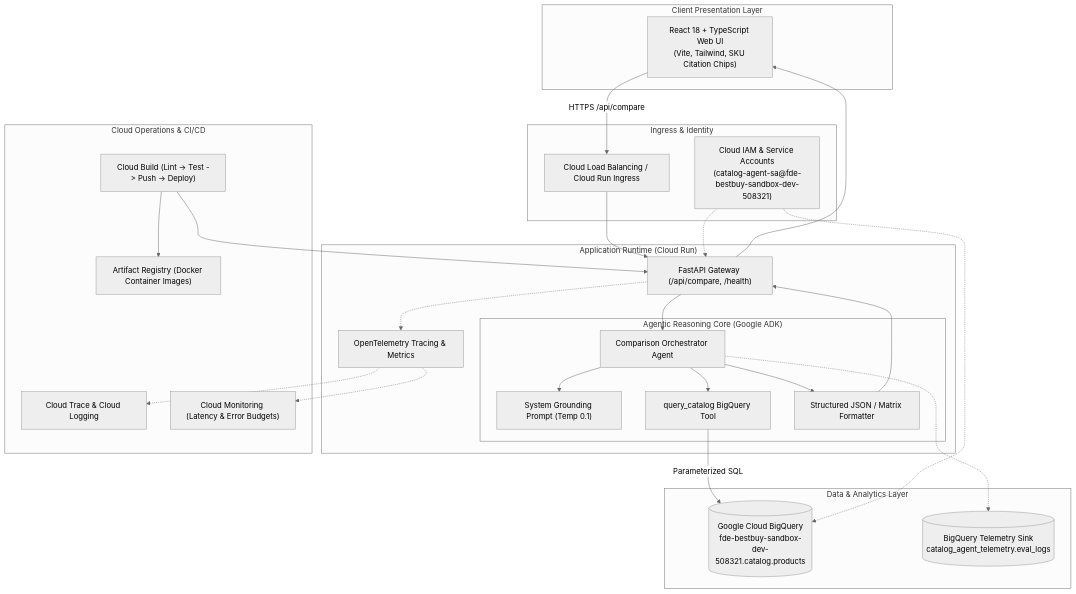
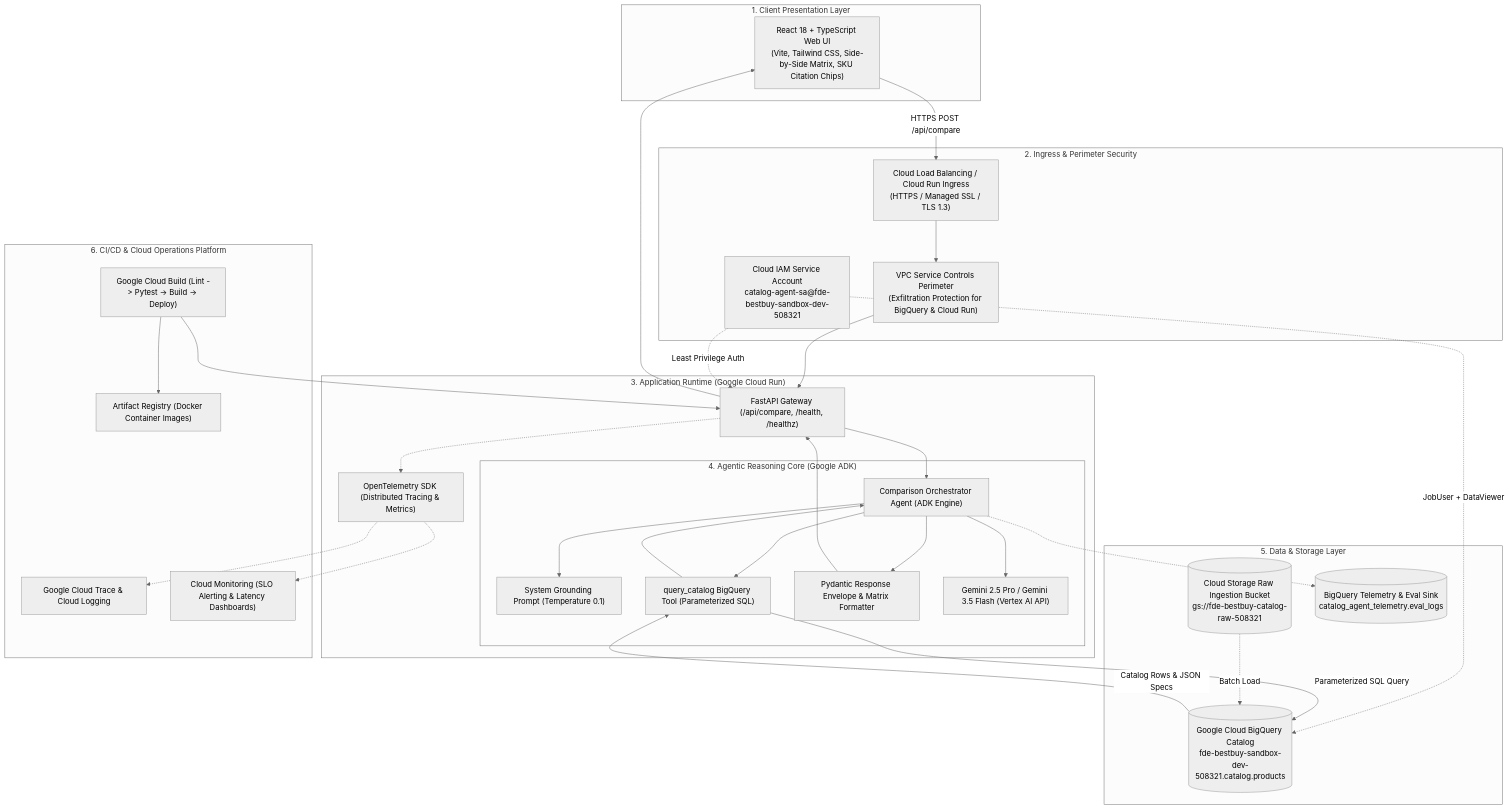
One commit to willie3838/williamc-ecomm-capstone changed the first of 3 diagrams in ARCHITECTURE.md. Above: the diagram before and after it, drawn with Mermaid (neutral theme). The commit also changed other lines of this file, not shown here.

Commit message:
docs(arch): update architecture specification and decision records

````diff
--- a/ARCHITECTURE.md
+++ b/ARCHITECTURE.md
@@ -9,54 +43,63 @@
 ```mermaid
 graph TB
-    subgraph ClientLayer ["Client Presentation Layer"]
-        UI["React 18 + TypeScript Web UI<br/>(Vite, Tailwind, SKU Citation Chips)"]
+    subgraph ClientLayer ["1. Client Presentation Layer"]
+        UI["React 18 + TypeScript Web UI<br/>(Vite, Tailwind CSS, Side-by-Side Matrix, SKU Citation Chips)"]
     end
 
-    subgraph IngressSecurity ["Ingress & Identity"]
-        LB["Cloud Load Balancing / Cloud Run Ingress"]
-        IAM["Cloud IAM & Service Accounts<br/>(catalog-agent-sa@fde-bestbuy-sandbox-dev-508321)"]
+    subgraph IngressSecurity ["2. Ingress & Perimeter Security"]
+        LB["Cloud Load Balancing / Cloud Run Ingress<br/>(HTTPS / Managed SSL / TLS 1.3)"]
+        VPCSC["VPC Service Controls Perimeter<br/>(Exfiltration Protection for BigQuery & Cloud Run)"]
+        IAM["Cloud IAM Service Account<br/>catalog-agent-sa@fde-bestbuy-sandbox-dev-508321"]
     end
 
-    subgraph ServiceLayer ["Application Runtime (Cloud Run)"]
-        API["FastAPI Gateway (/api/compare, /health)"]
-        OTEL["OpenTelemetry Tracing & Metrics"]
+    subgraph ServiceLayer ["3. Application Runtime (Google Cloud Run)"]
+        API["FastAPI Gateway (/api/compare, /health, /healthz)"]
+        OTEL["OpenTelemetry SDK (Distributed Tracing & Metrics)"]
         
-        subgraph ADKAgent ["Agentic Reasoning Core (Google ADK)"]
-            ROUTER["Comparison Orchestrator Agent"]
-            PROMPT["System Grounding Prompt (Temp 0.1)"]
-            TOOL["query_catalog BigQuery Tool"]
-            PARSER["Structured JSON / Matrix Formatter"]
+        subgraph ADKAgent ["4. Agentic Reasoning Core (Google ADK)"]
+            ROUTER["Comparison Orchestrator Agent (ADK Engine)"]
+            PROMPT["System Grounding Prompt (Temperature 0.1)"]
+            TOOL["query_catalog BigQuery Tool (Parameterized SQL)"]
+            PARSER["Pydantic Response Envelope & Matrix Formatter"]
+            GEMINI["Gemini 2.5 Pro / Gemini 3.5 Flash (Vertex AI API)"]
         end
     end
 
-    subgraph DataLayer ["Data & Analytics Layer"]
-        BQ[("Google Cloud BigQuery<br/>fde-bestbuy-sandbox-dev-508321.catalog.products")]
-        TELEMETRY[("BigQuery Telemetry Sink<br/>catalog_agent_telemetry.eval_logs")]
+    subgraph DataLayer ["5. Data & Storage Layer"]
+        BQ[("Google Cloud BigQuery Catalog<br/>fde-bestbuy-sandbox-dev-508321.catalog.products")]
+        GCS[("Cloud Storage Raw Ingestion Bucket<br/>gs://fde-bestbuy-catalog-raw-508321")]
+        TELEMETRY[("BigQuery Telemetry & Eval Sink<br/>catalog_agent_telemetry.eval_logs")]
     end
 
-    subgraph ObservabilityPlatform ["Cloud Operations & CI/CD"]
-        TRACE["Cloud Trace & Cloud Logging"]
-        MON["Cloud Monitoring (Latency & Error Budgets)"]
-        CB["Cloud Build (Lint -> Test -> Push -> Deploy)"]
+    subgraph ObservabilityPlatform ["6. CI/CD & Cloud Operations Platform"]
+        TRACE["Google Cloud Trace & Cloud Logging"]
+        MON["Cloud Monitoring (SLO Alerting & Latency Dashboards)"]
+        CB["Google Cloud Build (Lint -> Pytest -> Build -> Deploy)"]
         AR["Artifact Registry (Docker Container Images)"]
     end
 
-    UI -->|HTTPS /api/compare| LB
-    LB --> API
+    UI -->|HTTPS POST /api/compare| LB
+    LB --> VPCSC
+    VPCSC --> API
+    IAM -.->|Least Privilege Auth| API
+    IAM -.->|JobUser + DataViewer| BQ
+
     API --> ROUTER
     ROUTER --> PROMPT
+    ROUTER --> GEMINI
     ROUTER --> TOOL
-    TOOL -->|Parameterized SQL| BQ
+    TOOL -->|Parameterized SQL Query| BQ
+    BQ -->|Catalog Rows & JSON Specs| TOOL
+    TOOL --> ROUTER
     ROUTER --> PARSER
     PARSER --> API
     API --> UI
 
     API -.-> OTEL
     OTEL -.-> TRACE
     OTEL -.-> MON
     ROUTER -.-> TELEMETRY
+    GCS -.->|Batch Load| BQ
     CB --> AR
     CB --> API
-    IAM -.-> API
-    IAM -.-> BQ
 ```
````
